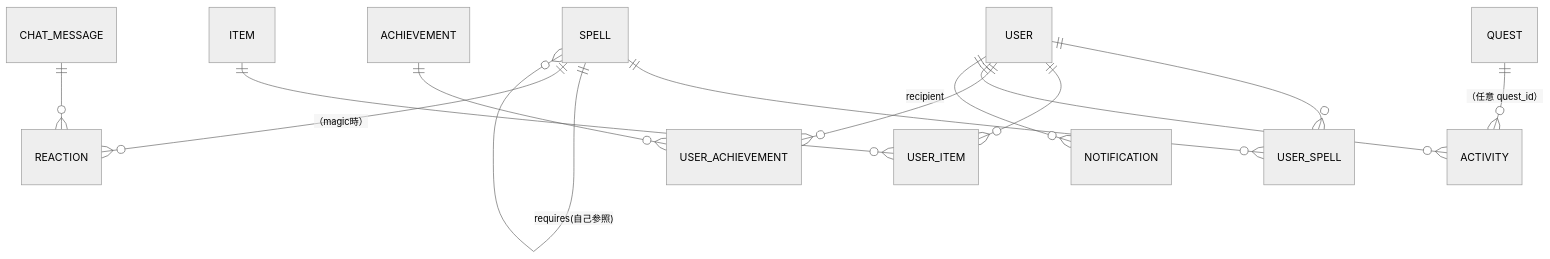
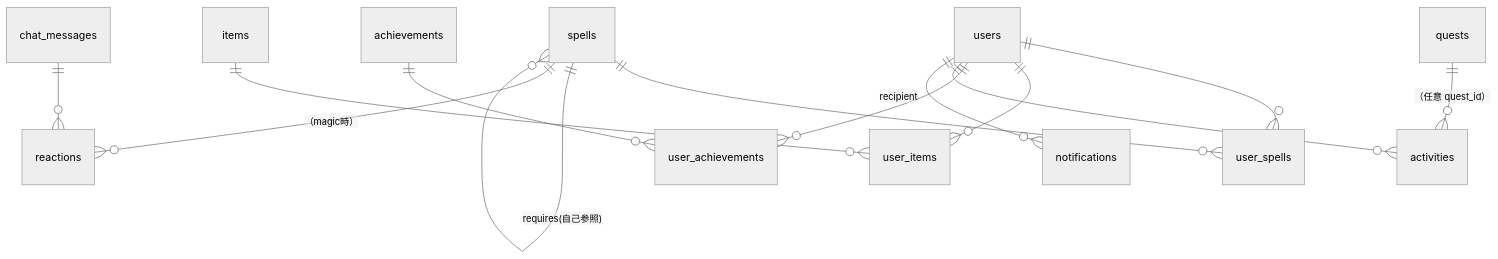
Before and after one commit to t-umekawa-sc/sc-ideaquest-G2: the fourth of 4 diagrams in doc/データモデル.md, drawn with Mermaid (neutral theme). The commit also changed other lines of this file, not shown here.

````diff
--- a/doc/データモデル.md
+++ b/doc/データモデル.md
@@ -309,15 +312,15 @@
 ```mermaid
 erDiagram
-  USER ||--o{ USER_SPELL : ""
-  SPELL ||--o{ USER_SPELL : ""
-  SPELL ||--o{ SPELL : "requires(自己参照)"
-  CHAT_MESSAGE ||--o{ REACTION : ""
-  SPELL ||--o{ REACTION : "（magic時）"
-  USER ||--o{ USER_ITEM : ""
-  ITEM ||--o{ USER_ITEM : ""
-  USER ||--o{ USER_ACHIEVEMENT : ""
-  ACHIEVEMENT ||--o{ USER_ACHIEVEMENT : ""
-  USER ||--o{ ACTIVITY : ""
-  QUEST ||--o{ ACTIVITY : "（任意 quest_id）"
-  USER ||--o{ NOTIFICATION : "recipient"
+  users ||--o{ user_spells : ""
+  spells ||--o{ user_spells : ""
+  spells ||--o{ spells : "requires(自己参照)"
+  chat_messages ||--o{ reactions : ""
+  spells ||--o{ reactions : "（magic時）"
+  users ||--o{ user_items : ""
+  items ||--o{ user_items : ""
+  users ||--o{ user_achievements : ""
+  achievements ||--o{ user_achievements : ""
+  users ||--o{ activities : ""
+  quests ||--o{ activities : "（任意 quest_id）"
+  users ||--o{ notifications : "recipient"
 ```
````
